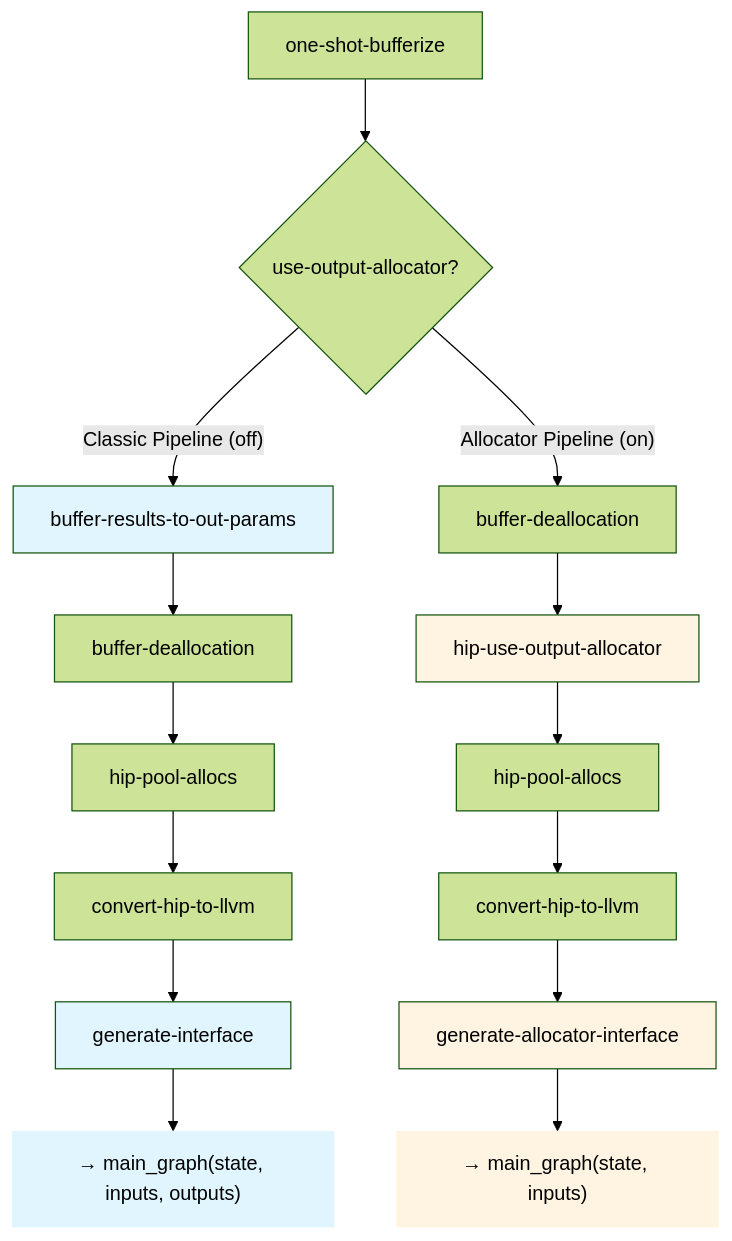
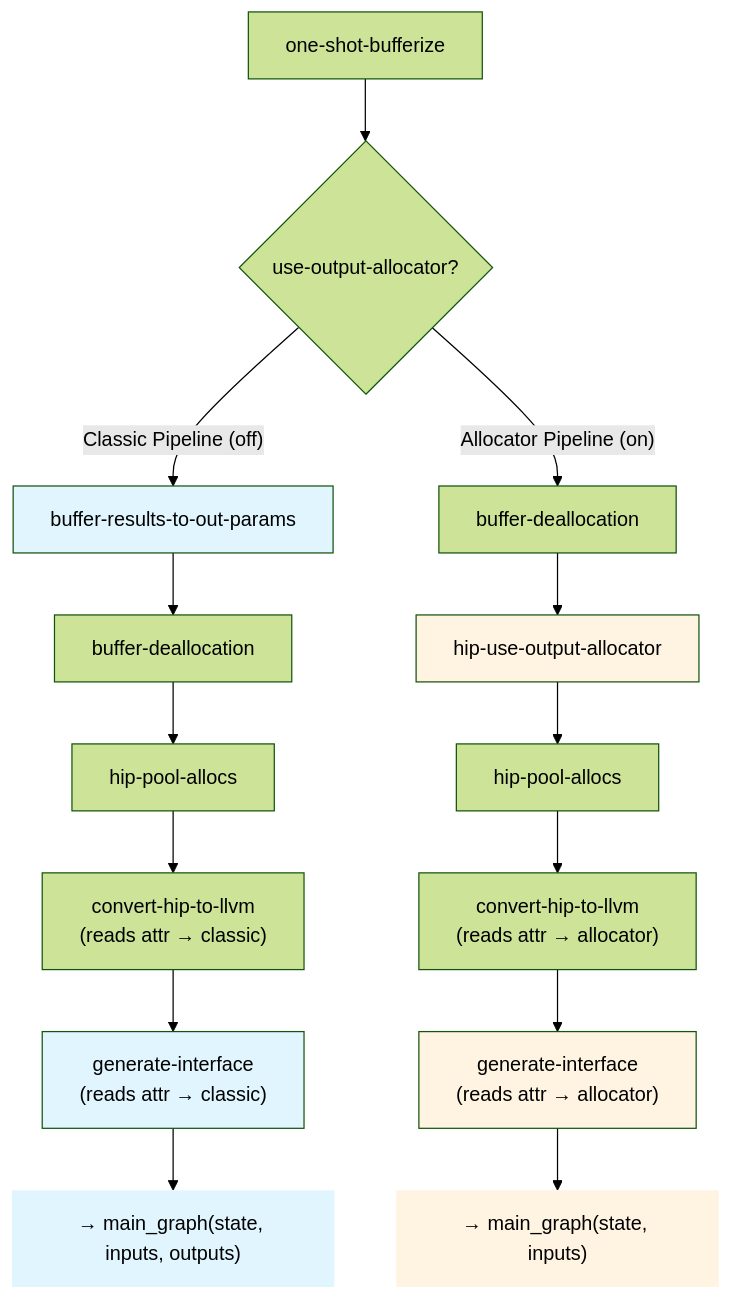
Before and after one commit to ROCm/hip-ep: the first of 2 diagrams in docs/design/output-allocator-design.md, drawn with Mermaid (forest theme). The commit also changed other lines of this file and 12 other files, not shown here.

First line of the commit message:
refactor(hip): drive output-allocator mode from a module attribute

````diff
--- a/docs/design/output-allocator-design.md
+++ b/docs/design/output-allocator-design.md
@@ -51,28 +51,28 @@
 ```mermaid
 graph TD
     A[one-shot-bufferize] --> B{"use-output-allocator?"}
     B -->|"Classic Pipeline (off)"| D1[buffer-results-to-out-params]
     B -->|"Allocator Pipeline (on)"| E2[buffer-deallocation]
 
     D1 --> E1[buffer-deallocation]
     E2 --> D2[hip-use-output-allocator]
 
     E1 --> F1[hip-pool-allocs]
     D2 --> F2[hip-pool-allocs]
 
-    F1 --> G1[convert-hip-to-llvm]
-    F2 --> G2[convert-hip-to-llvm]
+    F1 --> G1["convert-hip-to-llvm<br/>(reads attr → classic)"]
+    F2 --> G2["convert-hip-to-llvm<br/>(reads attr → allocator)"]
 
-    G1 --> H1[generate-interface]
-    G2 --> H2[generate-allocator-interface]
+    G1 --> H1["generate-interface<br/>(reads attr → classic)"]
+    G2 --> H2["generate-interface<br/>(reads attr → allocator)"]
 
     H1 --> O1["→ main_graph(state, inputs, outputs)"]
     H2 --> O2["→ main_graph(state, inputs)"]
 
     style D1 fill:#e1f5ff
     style H1 fill:#e1f5ff
     style O1 fill:#e1f5ff,stroke-width:0px
     style D2 fill:#fff4e1
     style H2 fill:#fff4e1
     style O2 fill:#fff4e1,stroke-width:0px
 ```
````
